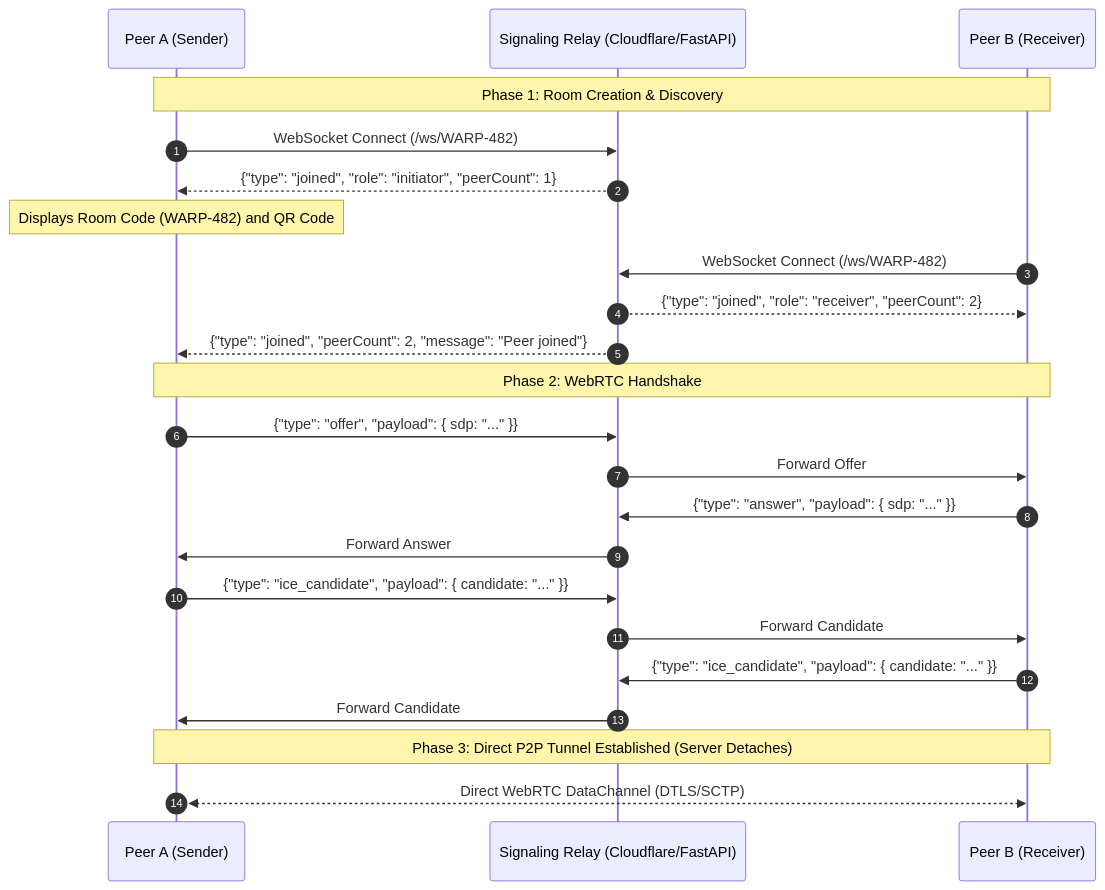
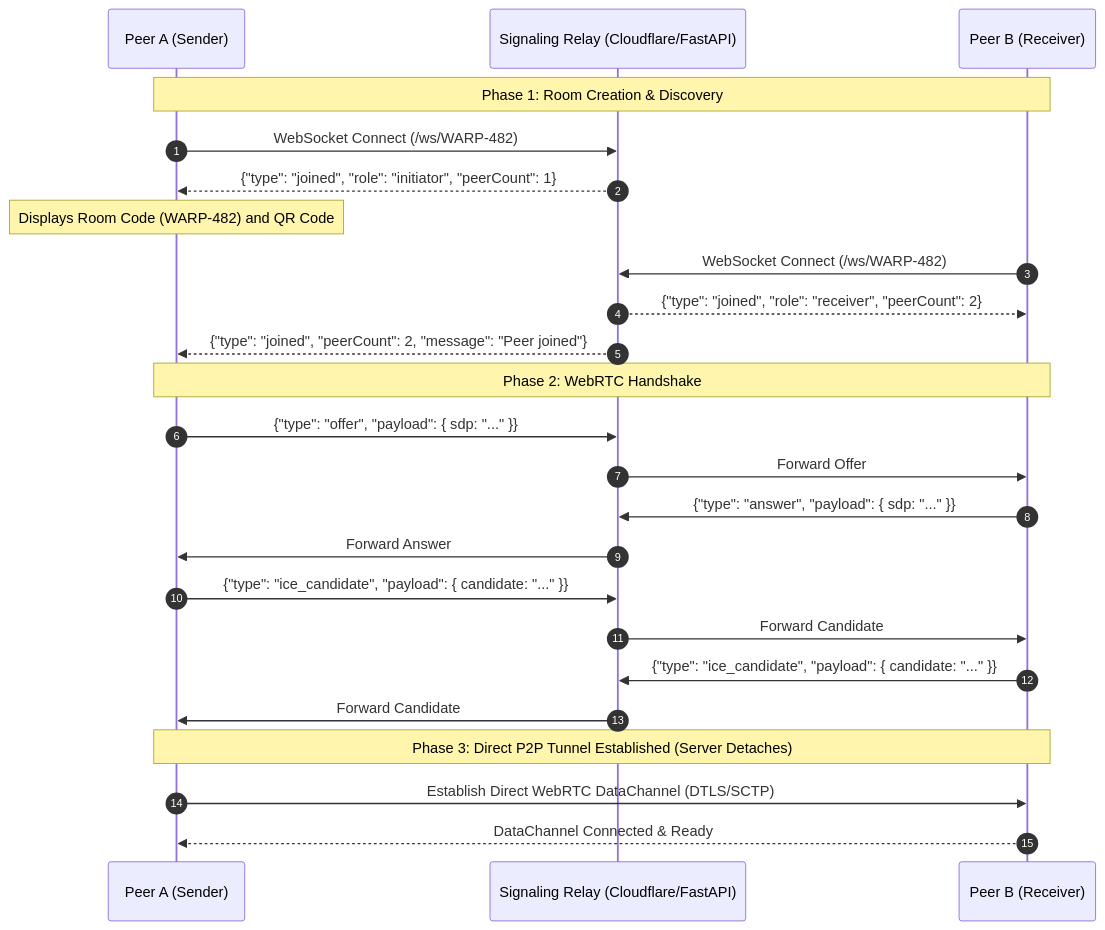
The second of 2 diagrams in docs/ARCHITECTURE.md (AhmedKhalid0/peerwarp), drawn with Mermaid before and after one commit. The commit also changed other lines of this file and 4 other files, not shown here.

Commit message:
fix: correct Mermaid diagram syntax, remove Cloudflare deployment references, and ignore cloudflare directory

````diff
--- a/docs/ARCHITECTURE.md
+++ b/docs/ARCHITECTURE.md
@@ -72,30 +69,31 @@
 ```mermaid
 sequenceDiagram
     autonumber
     participant Sender as Peer A (Sender)
     participant Server as Signaling Relay (Cloudflare/FastAPI)
     participant Receiver as Peer B (Receiver)
 
     Note over Sender,Receiver: Phase 1: Room Creation & Discovery
     Sender->>Server: WebSocket Connect (/ws/WARP-482)
     Server-->>Sender: {"type": "joined", "role": "initiator", "peerCount": 1}
     Note over Sender: Displays Room Code (WARP-482) and QR Code
 
     Receiver->>Server: WebSocket Connect (/ws/WARP-482)
     Server-->>Receiver: {"type": "joined", "role": "receiver", "peerCount": 2}
     Server-->>Sender: {"type": "joined", "peerCount": 2, "message": "Peer joined"}
 
     Note over Sender,Receiver: Phase 2: WebRTC Handshake
     Sender->>Server: {"type": "offer", "payload": { sdp: "..." }}
     Server->>Receiver: Forward Offer
     Receiver->>Server: {"type": "answer", "payload": { sdp: "..." }}
     Server->>Sender: Forward Answer
 
     Sender->>Server: {"type": "ice_candidate", "payload": { candidate: "..." }}
     Server->>Receiver: Forward Candidate
     Receiver->>Server: {"type": "ice_candidate", "payload": { candidate: "..." }}
     Server->>Sender: Forward Candidate
 
     Note over Sender,Receiver: Phase 3: Direct P2P Tunnel Established (Server Detaches)
-    Sender<<-->>Receiver: Direct WebRTC DataChannel (DTLS/SCTP)
+    Sender->>Receiver: Establish Direct WebRTC DataChannel (DTLS/SCTP)
+    Receiver-->>Sender: DataChannel Connected & Ready
 ```
````
